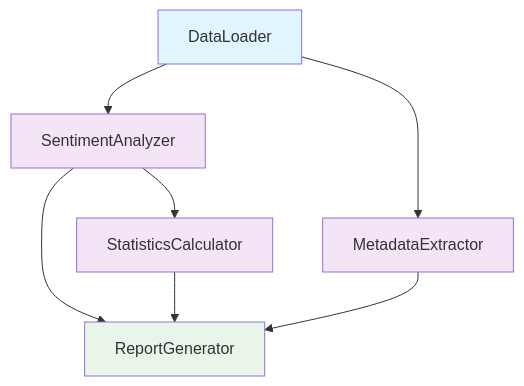
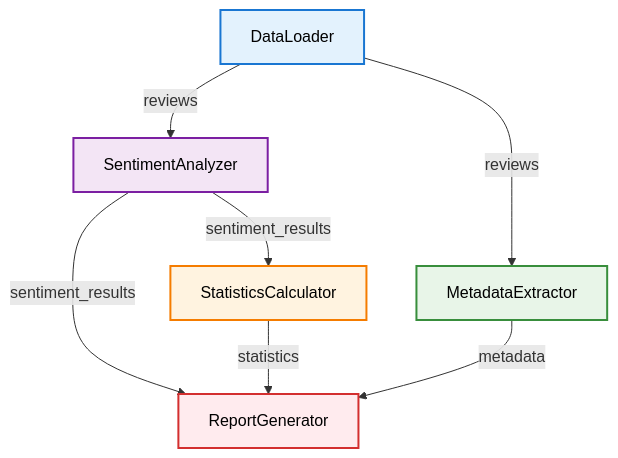
The second of 6 diagrams in DatapizzAI/PizzAI/Pipeline/README_PIPELINE_GUIDE_EV.md (Rkomi98/Datapizza), drawn with Mermaid before and after one commit. The commit also changed other lines of this file and 1 other file, not shown here.

````diff
--- a/DatapizzAI/PizzAI/Pipeline/README_PIPELINE_GUIDE_EV.md
+++ b/DatapizzAI/PizzAI/Pipeline/README_PIPELINE_GUIDE_EV.md
@@ -188,15 +282,15 @@
 ```mermaid
 graph TD
-    A[DataLoader] --> B[SentimentAnalyzer]
-    B --> C[StatisticsCalculator]
-    A --> D[MetadataExtractor]
-    B --> E[ReportGenerator]
-    C --> E
-    D --> E
+    A[DataLoader] -->|reviews| B[SentimentAnalyzer]
+    B -->|sentiment_results| C[StatisticsCalculator]
+    A -->|reviews| D[MetadataExtractor]
+    B -->|sentiment_results| E[ReportGenerator]
+    C -->|statistics| E
+    D -->|metadata| E
     
-    style A fill:#e1f5fe
-    style B fill:#f3e5f5
-    style C fill:#f3e5f5
-    style D fill:#f3e5f5
-    style E fill:#e8f5e8
+    style A fill:#e3f2fd,stroke:#1976d2,stroke-width:2px,color:#000
+    style B fill:#f3e5f5,stroke:#7b1fa2,stroke-width:2px,color:#000
+    style C fill:#fff3e0,stroke:#f57c00,stroke-width:2px,color:#000
+    style D fill:#e8f5e8,stroke:#388e3c,stroke-width:2px,color:#000
+    style E fill:#ffebee,stroke:#d32f2f,stroke-width:2px,color:#000
 ```
````
